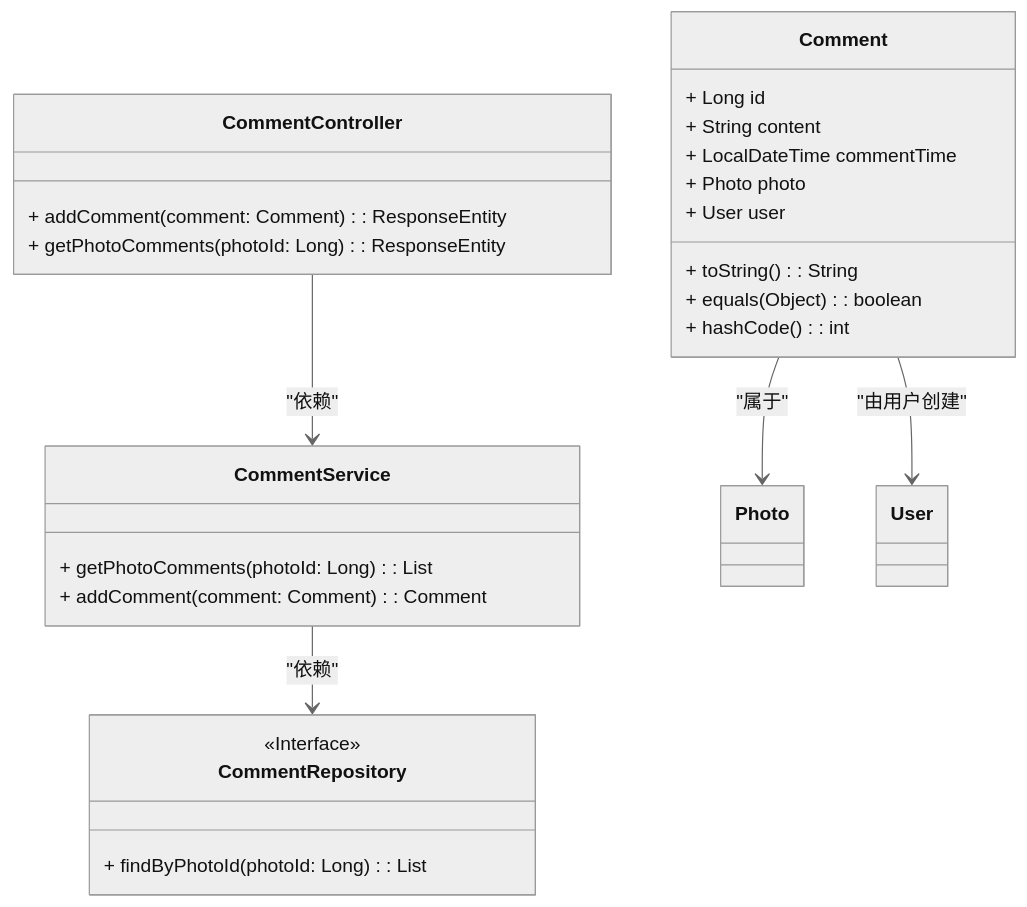
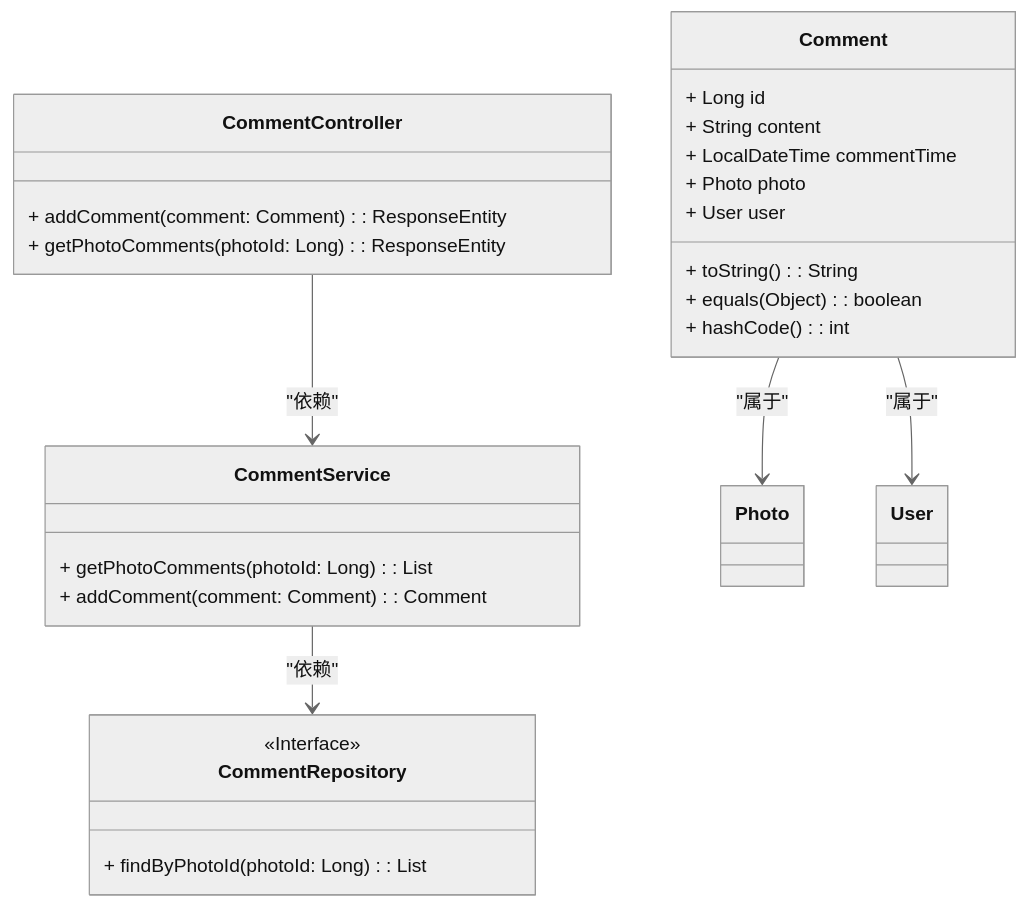
Before and after one commit to lightmon233/Memento: the tenth of 13 diagrams in README.md, drawn with Mermaid (neutral theme). The commit also changed other lines of this file, not shown here.

````diff
--- a/README.md
+++ b/README.md
@@ -500,30 +557,29 @@
 ```mermaid
 classDiagram
 class Comment {
   + Long id
   + String content
   + LocalDateTime commentTime
   + Photo photo
   + User user
   + toString(): String
   + equals(Object): boolean
   + hashCode(): int
 }
 class CommentController {
   + addComment(comment: Comment): ResponseEntity<?>
   + getPhotoComments(photoId: Long): ResponseEntity<?>
 }
 class CommentService {
   + getPhotoComments(photoId: Long): List<Comment>
   + addComment(comment: Comment): Comment
 }
 class CommentRepository {
   <<Interface>>
   + findByPhotoId(photoId: Long): List<Comment>
 }
 Comment --> Photo : "属于"
-Comment --> User : "由用户创建"
+Comment --> User : "属于"
 CommentController --> CommentService : "依赖"
 CommentService --> CommentRepository : "依赖"
-
 ```
````
